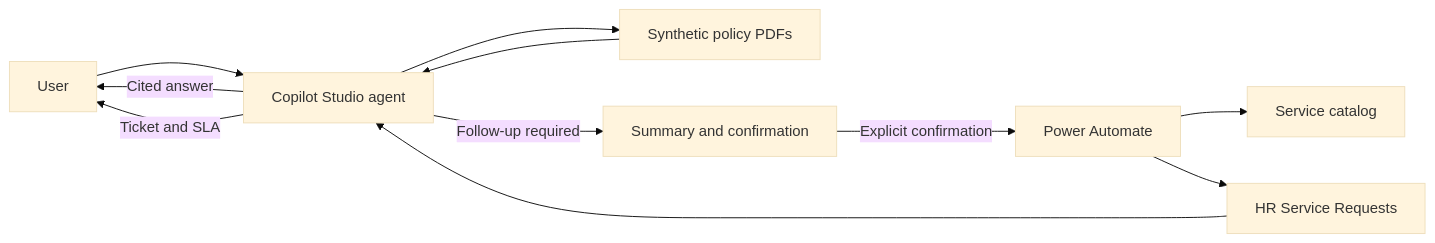
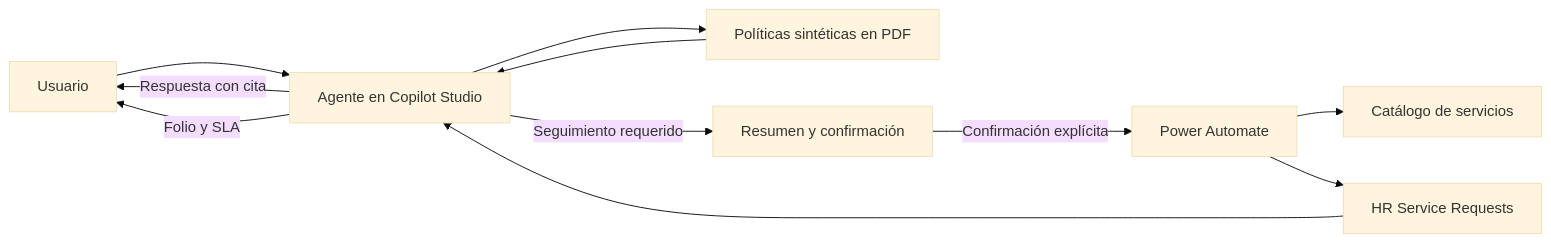
Before and after one commit to MiguelPR-99/people-analytics-portfolio: the diagram in projects/hr-policy-services-agent/README.md, drawn with Mermaid (base theme). The commit also changed other lines of this file and 20 other files, not shown here.

````diff
--- a/projects/hr-policy-services-agent/README.md
+++ b/projects/hr-policy-services-agent/README.md
@@ -67,13 +67,13 @@
 ```mermaid
 flowchart LR
-    U[User] --> A[Copilot Studio agent]
-    A --> K[Synthetic policy PDFs]
+    U[Usuario] --> A[Agente en Copilot Studio]
+    A --> K[Políticas sintéticas en PDF]
     K --> A
-    A -->|Cited answer| U
-    A -->|Follow-up required| C[Summary and confirmation]
-    C -->|Explicit confirmation| F[Power Automate]
-    F --> S[Service catalog]
+    A -->|Respuesta con cita| U
+    A -->|Seguimiento requerido| C[Resumen y confirmación]
+    C -->|Confirmación explícita| F[Power Automate]
+    F --> S[Catálogo de servicios]
     F --> R[HR Service Requests]
     R --> A
-    A -->|Ticket and SLA| U
+    A -->|Folio y SLA| U
 ```
````
